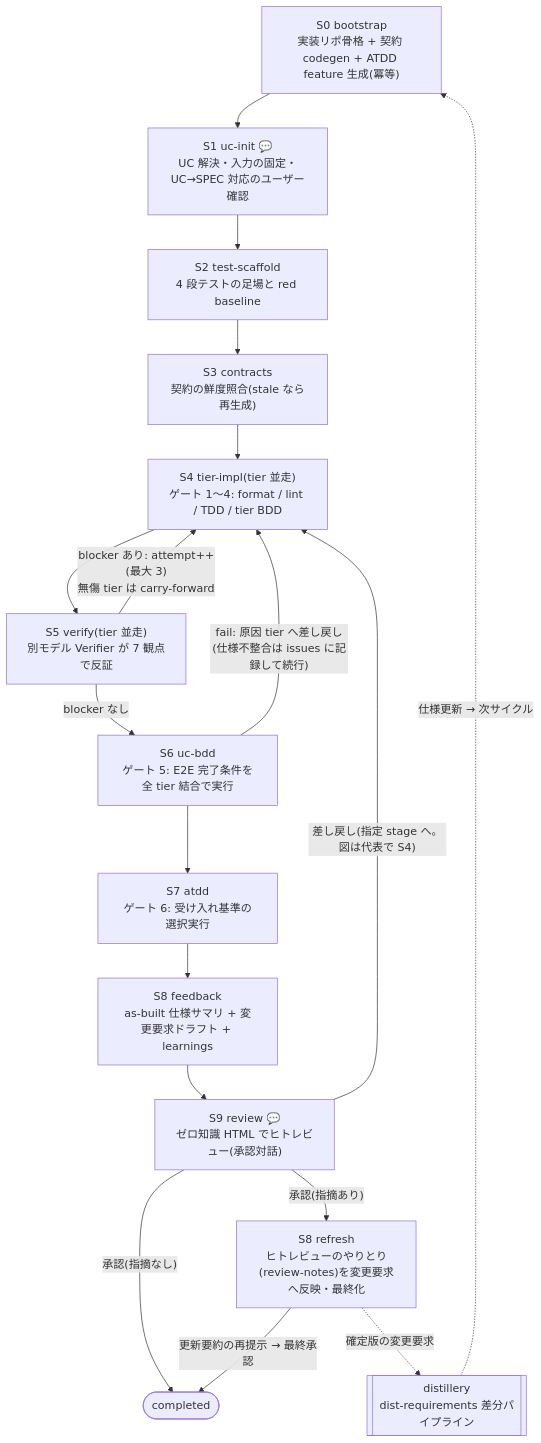
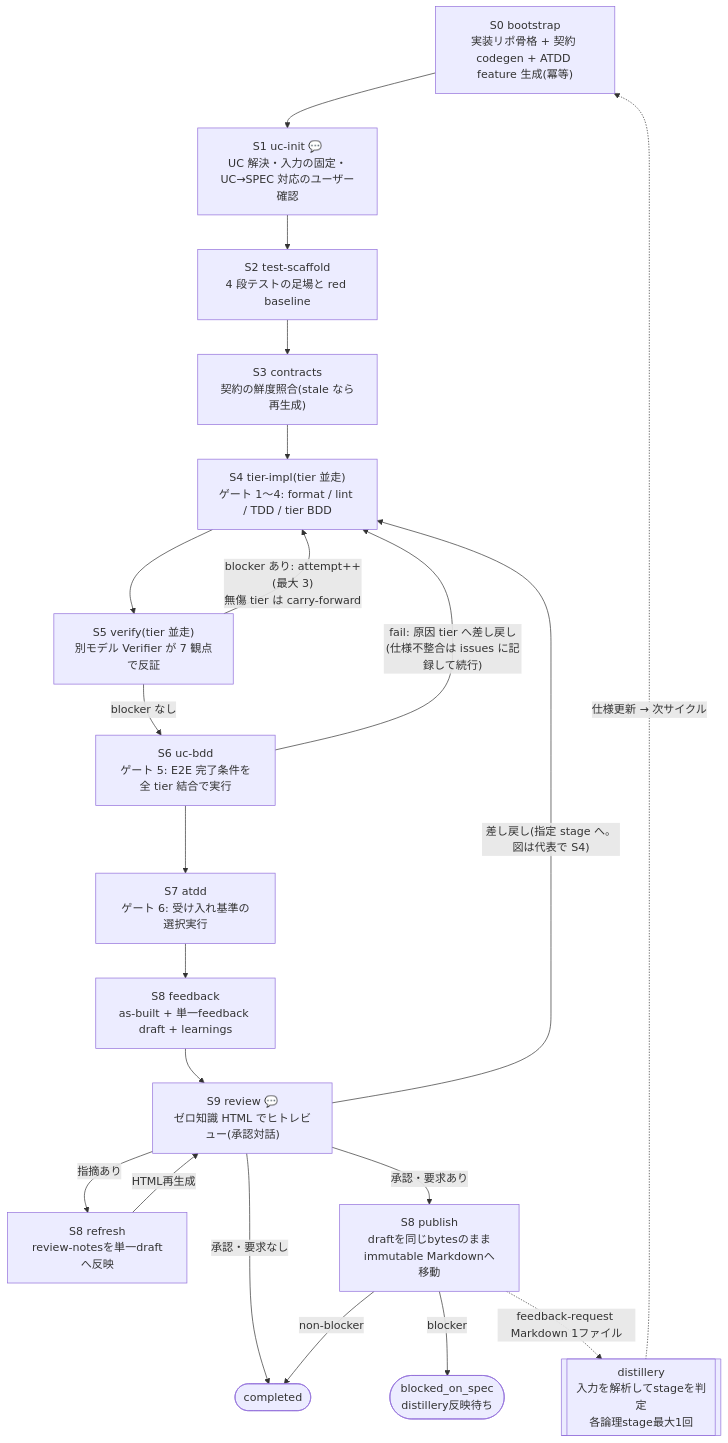
Before and after one commit to suwa-sh/suwa-sh-claude-plugins: the diagram in plugins/distillery-impl/README.md, drawn with Mermaid. The commit also changed other lines of this file and 111 other files, not shown here.

Commit message:
feat: redesign distillery feedback handoff

````diff
--- a/plugins/distillery-impl/README.md
+++ b/plugins/distillery-impl/README.md
@@ -18,28 +19,33 @@
 ```mermaid
 flowchart TD
     S0["S0 bootstrap<br/>実装リポ骨格 + 契約 codegen + ATDD feature 生成(冪等)"]
     S1["S1 uc-init 💬<br/>UC 解決・入力の固定・UC→SPEC 対応のユーザー確認"]
     S2["S2 test-scaffold<br/>4 段テストの足場と red baseline"]
     S3["S3 contracts<br/>契約の鮮度照合(stale なら再生成)"]
     S4["S4 tier-impl(tier 並走)<br/>ゲート 1〜4: format / lint / TDD / tier BDD"]
     S5["S5 verify(tier 並走)<br/>別モデル Verifier が 7 観点で反証"]
     S6["S6 uc-bdd<br/>ゲート 5: E2E 完了条件を全 tier 結合で実行"]
     S7["S7 atdd<br/>ゲート 6: 受け入れ基準の選択実行"]
-    S8["S8 feedback<br/>as-built 仕様サマリ + 変更要求ドラフト + learnings"]
+    S8["S8 feedback<br/>as-built + 単一feedback draft + learnings"]
     S9["S9 review 💬<br/>ゼロ知識 HTML でヒトレビュー(承認対話)"]
-    REFRESH["S8 refresh<br/>ヒトレビューのやりとり(review-notes)を変更要求へ反映・最終化"]
+    REFRESH["S8 refresh<br/>review-notesを単一draftへ反映"]
+    PUBLISH["S8 publish<br/>draftを同じbytesのまま<br/>immutable Markdownへ移動"]
     DONE(["completed"])
-    DIST[["distillery<br/>dist-requirements 差分パイプライン"]]
+    BLOCKED(["blocked_on_spec<br/>distillery反映待ち"])
+    DIST[["distillery<br/>入力を解析してstageを判定<br/>各論理stage最大1回"]]
 
     S0 --> S1 --> S2 --> S3 --> S4 --> S5
     S5 -->|"blocker あり: attempt++(最大 3)<br/>無傷 tier は carry-forward"| S4
     S5 -->|blocker なし| S6
     S6 -->|"fail: 原因 tier へ差し戻し<br/>(仕様不整合は issues に記録して続行)"| S4
     S6 --> S7 --> S8 --> S9
     S9 -->|"差し戻し(指定 stage へ。図は代表で S4)"| S4
-    S9 -->|"承認(指摘なし)"| DONE
-    S9 -->|"承認(指摘あり)"| REFRESH
-    REFRESH -->|"更新要約の再提示 → 最終承認"| DONE
-    REFRESH -.->|確定版の変更要求| DIST
+    S9 -->|"承認・要求なし"| DONE
+    S9 -->|"承認・要求あり"| PUBLISH
+    S9 -->|"指摘あり"| REFRESH
+    REFRESH -->|"HTML再生成"| S9
+    PUBLISH -->|"non-blocker"| DONE
+    PUBLISH -->|"blocker"| BLOCKED
+    PUBLISH -.->|feedback-request Markdown 1ファイル| DIST
     DIST -.->|仕様更新 → 次サイクル| S0
 ```
````
